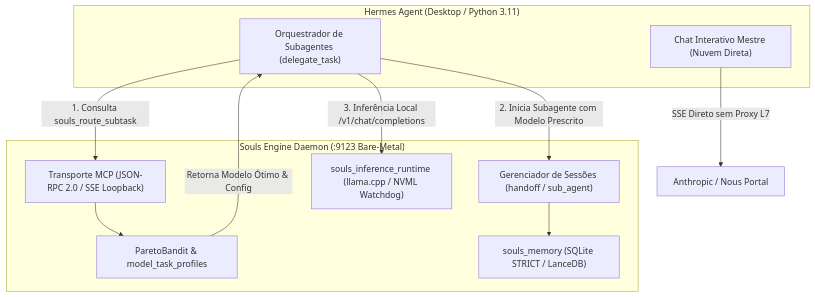
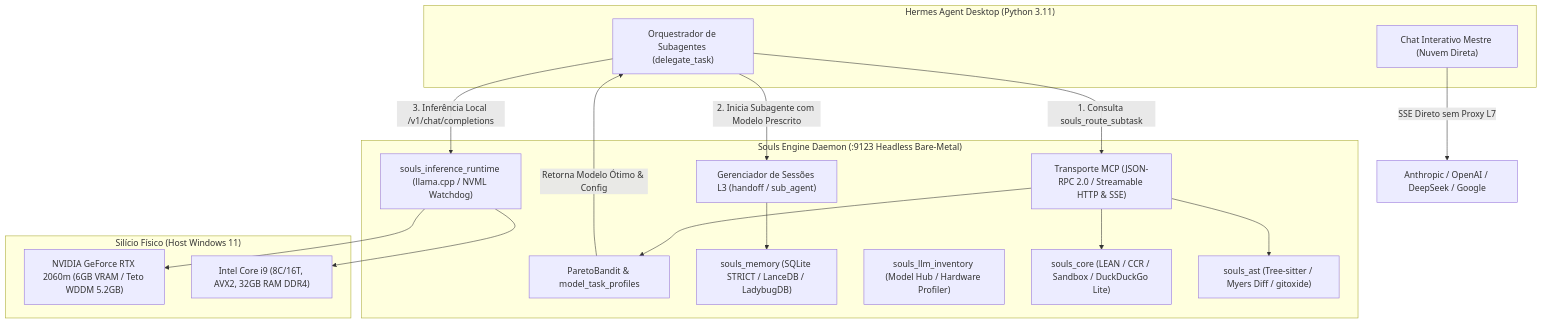
The first of 2 diagrams in docs/planning/roadmap/SOULS_ENGINE_ROADMAP_NEXT_DELIVERIES.md (brunosrosa/souls_engine), drawn with Mermaid before and after one commit. The commit also changed other lines of this file and 202 other files, not shown here.

Commit message:
feat(v0.5.0): zero-copy modular dashboard ui, rust ssot dependencies and canonical roadmap to v1.0

````diff
--- a/docs/planning/roadmap/SOULS_ENGINE_ROADMAP_NEXT_DELIVERIES.md
+++ b/docs/planning/roadmap/SOULS_ENGINE_ROADMAP_NEXT_DELIVERIES.md
@@ -14,23 +15,35 @@
 ```mermaid
 flowchart TD
-    subgraph HermesAgent ["Hermes Agent (Desktop / Python 3.11)"]
+    subgraph HermesAgent ["Hermes Agent Desktop (Python 3.11)"]
         MasterChat["Chat Interativo Mestre (Nuvem Direta)"]
         Delegator["Orquestrador de Subagentes (delegate_task)"]
     end
 
-    subgraph SoulsEngineDaemon ["Souls Engine Daemon (:9123 Bare-Metal)"]
-        MCPTrans["Transporte MCP (JSON-RPC 2.0 / SSE Loopback)"]
+    subgraph SoulsEngineDaemon ["Souls Engine Daemon (:9123 Headless Bare-Metal)"]
+        MCPTrans["Transporte MCP (JSON-RPC 2.0 / Streamable HTTP & SSE)"]
         Router["ParetoBandit & model_task_profiles"]
-        Sessions["Gerenciador de Sessões (handoff / sub_agent)"]
+        Sessions["Gerenciador de Sessões L3 (handoff / sub_agent)"]
         Inference["souls_inference_runtime (llama.cpp / NVML Watchdog)"]
-        Memory["souls_memory (SQLite STRICT / LanceDB)"]
+        Memory["souls_memory (SQLite STRICT / LanceDB / LadybugDB)"]
+        Inventory["souls_llm_inventory (Model Hub / Hardware Profiler)"]
+        Core["souls_core (LEAN / CCR / Sandbox / DuckDuckGo Lite)"]
+        AST["souls_ast (Tree-sitter / Myers Diff / gitoxide)"]
     end
 
-    MasterChat -->|SSE Direto sem Proxy L7| CloudAPI["Anthropic / Nous Portal"]
+    subgraph HardwareHost ["Silício Físico (Host Windows 11)"]
+        dGPU["NVIDIA GeForce RTX 2060m (6GB VRAM / Teto WDDM 5.2GB)"]
+        HostCPU["Intel Core i9 (8C/16T, AVX2, 32GB RAM DDR4)"]
+    end
+
+    MasterChat -->|SSE Direto sem Proxy L7| CloudAPI["Anthropic / OpenAI / DeepSeek / Google"]
     Delegator -->|1. Consulta souls_route_subtask| MCPTrans
     MCPTrans --> Router
     Router -->|Retorna Modelo Ótimo & Config| Delegator
     Delegator -->|2. Inicia Subagente com Modelo Prescrito| Sessions
     Delegator -->|3. Inferência Local /v1/chat/completions| Inference
     Sessions --> Memory
+    Inference --> dGPU
+    Inference --> HostCPU
+    MCPTrans --> AST
+    MCPTrans --> Core
 ```
````
